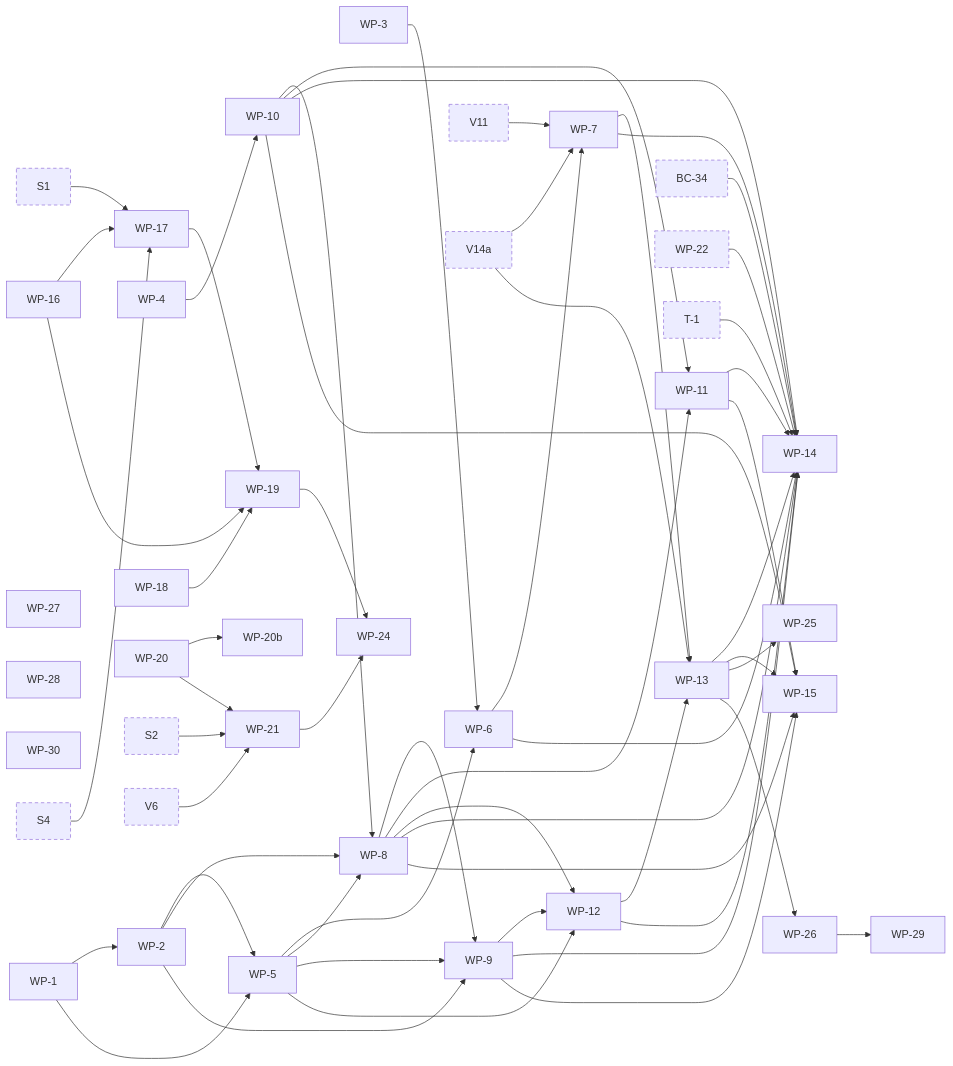
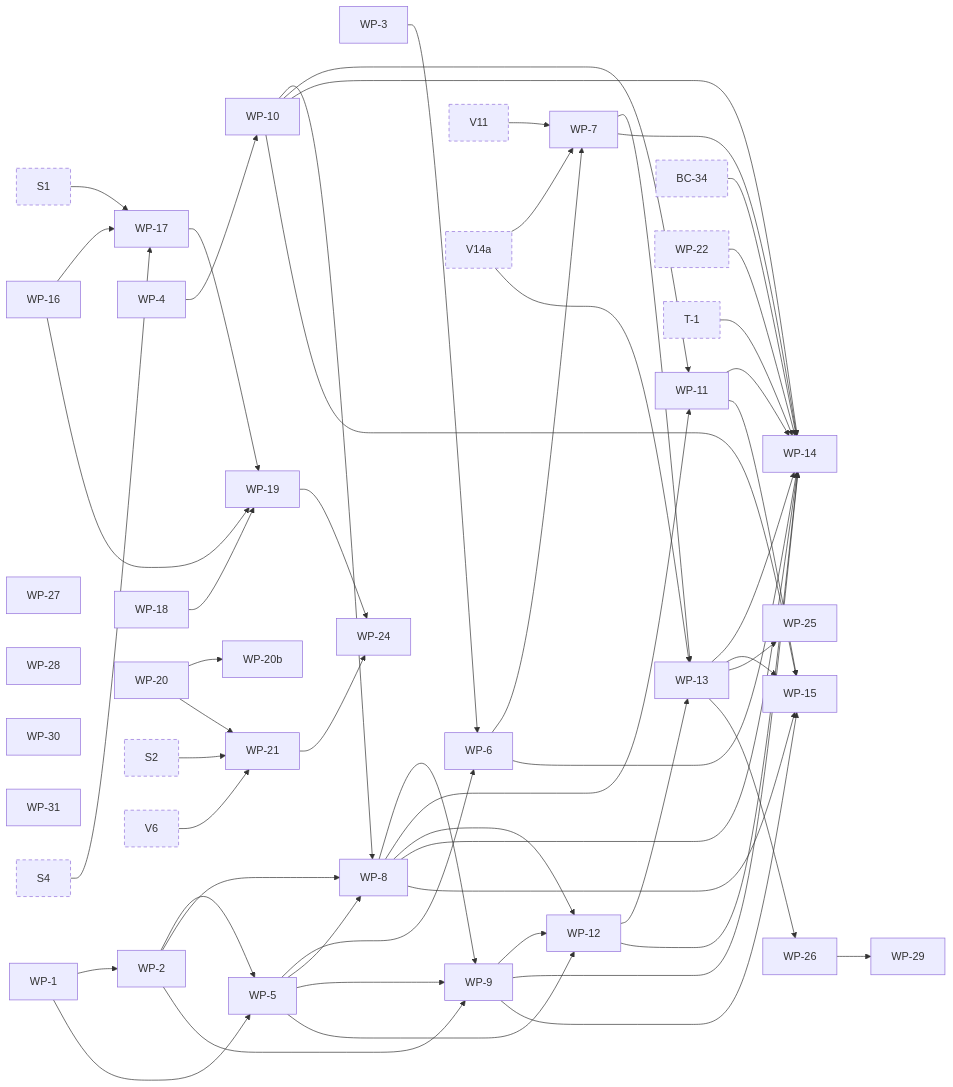
The eighth of 11 diagrams in docs/superpowers/plans/2026-10-13-phase-2/dependencies.md (jhoblitt/rgw-go), drawn with Mermaid before and after one commit. The commit also changed other lines of this file and 2 other files, not shown here.

First line of the commit message:
docs(plan): add task WP-31 from S12's review

```diff
--- a/docs/superpowers/plans/2026-10-13-phase-2/dependencies.md
+++ b/docs/superpowers/plans/2026-10-13-phase-2/dependencies.md
@@ -886,6 +887,7 @@
   t_WP_28["WP-28"]
   t_WP_29["WP-29"]
   t_WP_30["WP-30"]
+  t_WP_31["WP-31"]
   t_S1["S1"]:::ext
   t_S2["S2"]:::ext
   t_S4["S4"]:::ext
@@ -978,6 +980,7 @@
   click t_WP_28 href "https://github.com/jhoblitt/rgw-go/blob/main/docs/superpowers/plans/2026-10-13-phase-2/WP-write-path.md#task-wp-28-a-stored-metadata-value-never-puts-a-nul-into-a-response-header" "WP-28: a stored metadata value never puts a NUL into a response header"
   click t_WP_29 href "https://github.com/jhoblitt/rgw-go/blob/main/docs/superpowers/plans/2026-10-13-phase-2/WP-write-path.md#task-wp-29-an-empty-sse-c-algorithm-header-answers-as-radosgw-does-on-every-sse-c-path" "WP-29: an empty SSE-C algorithm header answers as radosgw does on every SSE-C path"
   click t_WP_30 href "https://github.com/jhoblitt/rgw-go/blob/main/docs/superpowers/plans/2026-10-13-phase-2/WP-write-path.md#task-wp-30-a-copy-within-one-placement-shares-the-sources-tails-comparing-the-canonical-class" "WP-30: a copy within one placement shares the source's tails, comparing the canonical class"
+  click t_WP_31 href "https://github.com/jhoblitt/rgw-go/blob/main/docs/superpowers/plans/2026-10-13-phase-2/WP-write-path.md#task-wp-31-copyobject-honours-x-amz-tagging-directive" "WP-31: CopyObject honours x-amz-tagging-directive"
   click t_S1 href "https://github.com/jhoblitt/rgw-go/blob/main/docs/superpowers/plans/2026-10-13-phase-2/00-index.md#task-s1-fakeradoss-rgw-class-as-method-tables" "S1: fakerados's rgw class as method tables"
   click t_S2 href "https://github.com/jhoblitt/rgw-go/blob/main/docs/superpowers/plans/2026-10-13-phase-2/00-index.md#task-s2-route-sets-per-feature-and-the-env-slots" "S2: route sets per feature and the Env slots"
   click t_S4 href "https://github.com/jhoblitt/rgw-go/blob/main/docs/superpowers/plans/2026-10-13-phase-2/00-index.md#task-s4-fakerados-refuses-an-unregistered-class-method-at-op-setup" "S4: fakerados refuses an unregistered class method at op setup"
```
